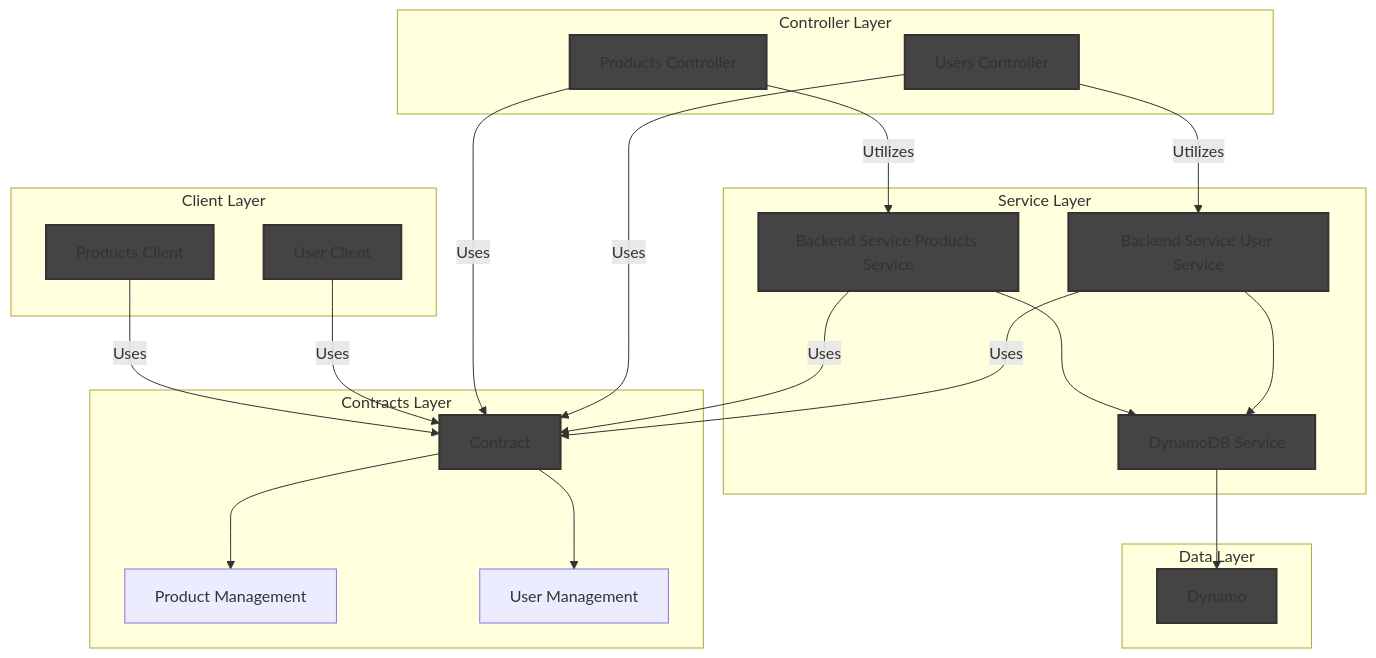
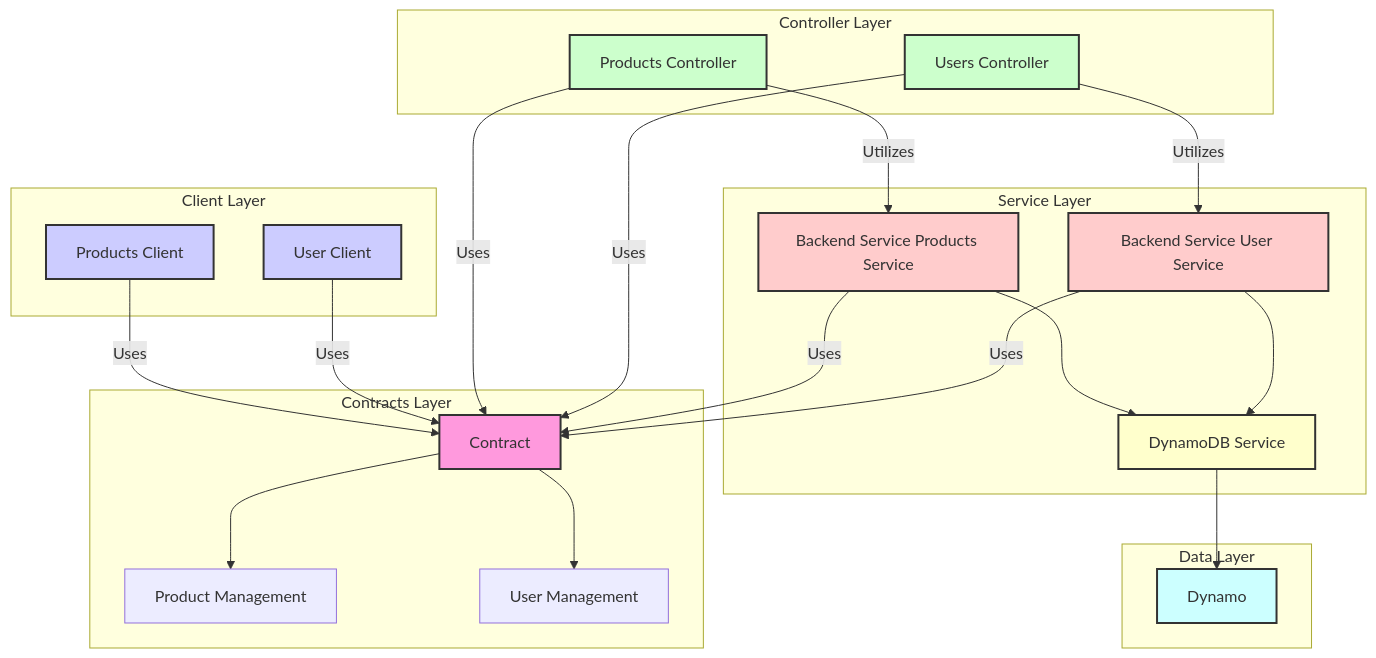
One commit to jovenntann/apple-workspace changed the diagram in README.md. Above: the diagram before and after it, drawn with Mermaid.

Commit message:
style(README): update flowchart styling

````diff
--- a/README.md
+++ b/README.md
@@ -23,43 +23,43 @@
 ```mermaid
 graph TD;
 
   subgraph "Contracts Layer"
     Contract[Contract] --> ProductManagement[Product Management]
     Contract --> UserManagement[User Management]
   end
 
   subgraph "Client Layer"
     ProductsClient[Products Client] -->|Uses| Contract
     UserClient[User Client] -->|Uses| Contract
   end
 
   subgraph "Controller Layer"
     ProductsController[Products Controller] -->|Uses| Contract
     UsersController[Users Controller] -->|Uses| Contract
   end
 
   subgraph "Service Layer"
     BackendServiceProductsService[Backend Service Products Service] --> DynamoDbService[DynamoDB Service]
     BackendServiceProductsService -->|Uses| Contract
     BackendServiceUserService[Backend Service User Service] --> DynamoDbService
     BackendServiceUserService -->|Uses| Contract
   end
   
   subgraph "Data Layer"
     DynamoDbService --> Dynamo[Dynamo]
   end
   
   %% Linking Controller and Service
   ProductsController -->|Utilizes| BackendServiceProductsService
   UsersController -->|Utilizes| BackendServiceUserService
   
-  style Contract fill:#444,stroke:#333,stroke-width:2px;
-  style ProductsClient fill:#444,stroke:#333,stroke-width:2px;
-  style UserClient fill:#444,stroke:#333,stroke-width:2px;
-  style ProductsController fill:#444,stroke:#333,stroke-width:2px;
-  style UsersController fill:#444,stroke:#333,stroke-width:2px;
-  style BackendServiceProductsService fill:#444,stroke:#333,stroke-width:2px;
-  style BackendServiceUserService fill:#444,stroke:#333,stroke-width:2px;
-  style DynamoDbService fill:#444,stroke:#333,stroke-width:2px;
-  style Dynamo fill:#444,stroke:#333,stroke-width:2px;
+  style Contract fill:#f9d,stroke:#333,stroke-width:2px;
+  style ProductsClient fill:#ccf,stroke:#333,stroke-width:2px;
+  style UserClient fill:#ccf,stroke:#333,stroke-width:2px;
+  style ProductsController fill:#cfc,stroke:#333,stroke-width:2px;
+  style UsersController fill:#cfc,stroke:#333,stroke-width:2px;
+  style BackendServiceProductsService fill:#fcc,stroke:#333,stroke-width:2px;
+  style BackendServiceUserService fill:#fcc,stroke:#333,stroke-width:2px;
+  style DynamoDbService fill:#ffc,stroke:#333,stroke-width:2px;
+  style Dynamo fill:#cff,stroke:#333,stroke-width:2px;
 ```
````
